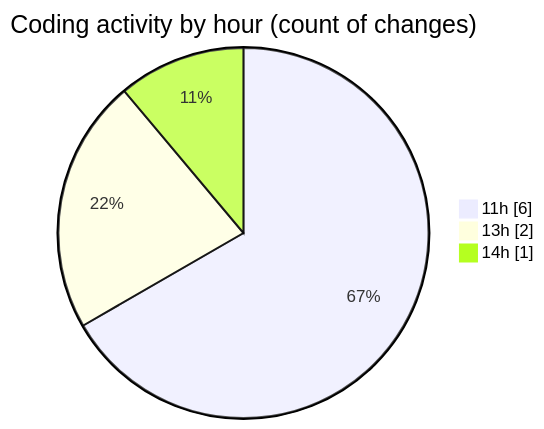
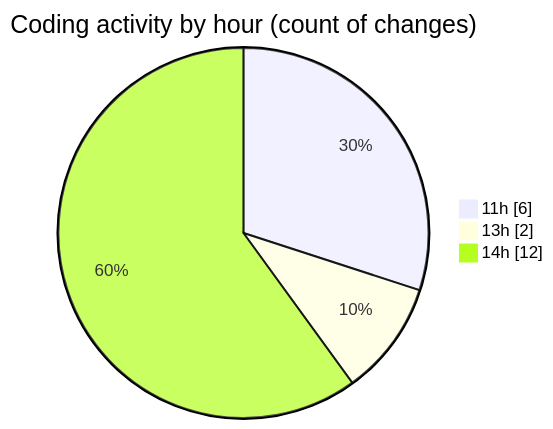
One commit to nxtqubesakshisongat/code-tracking changed the second of 2 diagrams in 2025-06-07/nxtqube_webapp/README.md. Above: the diagram before and after it, drawn with Mermaid. The commit also changed other lines of this file and 1 other file, not shown here.

````diff
--- a/2025-06-07/nxtqube_webapp/README.md
+++ b/2025-06-07/nxtqube_webapp/README.md
@@ -30,7 +31,7 @@
 ```mermaid
 pie showData
 title Coding activity by hour (count of changes)
 "11h" : 6
 "13h" : 2
-"14h" : 1
+"14h" : 12
 ```
````
